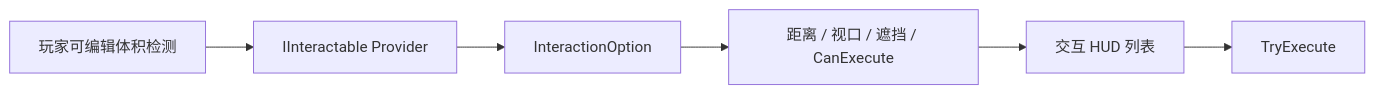
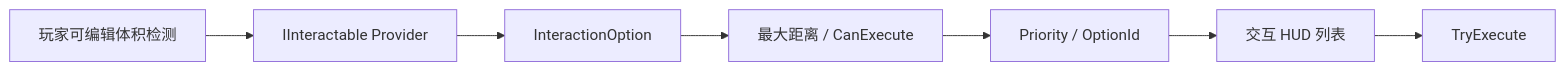
Before and after one commit to Whitesheeeep/3DRPG: the first of 2 diagrams in Assets/Scripts/InteractionSystem/ReadMe.md, drawn with Mermaid. The commit also changed other lines of this file and 31 other files, not shown here.

````diff
--- a/Assets/Scripts/InteractionSystem/ReadMe.md
+++ b/Assets/Scripts/InteractionSystem/ReadMe.md
@@ -5,8 +5,9 @@
 ```mermaid
 flowchart LR
     Detector[玩家可编辑体积检测] --> Provider[IInteractable Provider]
     Provider --> Option[InteractionOption]
-    Option --> Filter[距离 / 视口 / 遮挡 / CanExecute]
-    Filter --> UI[交互 HUD 列表]
+    Option --> Filter[最大距离 / CanExecute]
+    Filter --> Sort[Priority / OptionId]
+    Sort --> UI[交互 HUD 列表]
     UI --> Execute[TryExecute]
 ```
````
